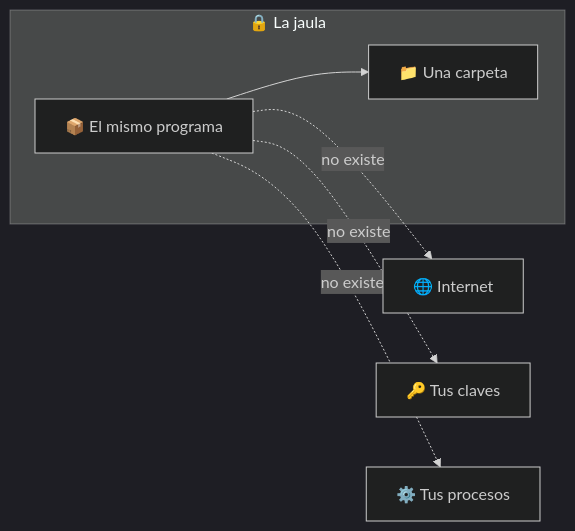
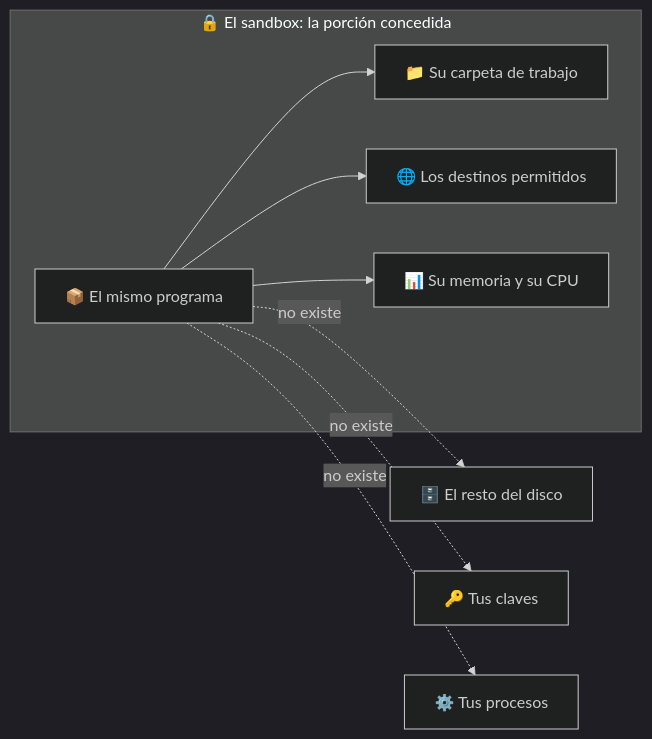
The second of 4 diagrams in docs/QUE-ES-UN-SANDBOX.md (vladimiracunadev-create/sandbox-labs), drawn with Mermaid (dark theme) before and after one commit. The commit also changed other lines of this file and 50 other files, not shown here.

````diff
--- a/docs/QUE-ES-UN-SANDBOX.md
+++ b/docs/QUE-ES-UN-SANDBOX.md
@@ -46,9 +54,12 @@
 ```mermaid
 flowchart LR
-  subgraph J["🔒 La jaula"]
-    P["📦 El mismo programa"] --> W["📁 Una carpeta"]
+  subgraph J["🔒 El sandbox: la porción concedida"]
+    P["📦 El mismo programa"]
+    P --> W["📁 Su carpeta de trabajo"]
+    P --> N["🌐 Los destinos permitidos"]
+    P --> R["📊 Su memoria y su CPU"]
   end
-  P -.->|no existe| B["🌐 Internet"]
+  P -.->|no existe| B["🗄️ El resto del disco"]
   P -.->|no existe| C["🔑 Tus claves"]
   P -.->|no existe| D["⚙️ Tus procesos"]
 ```
````
